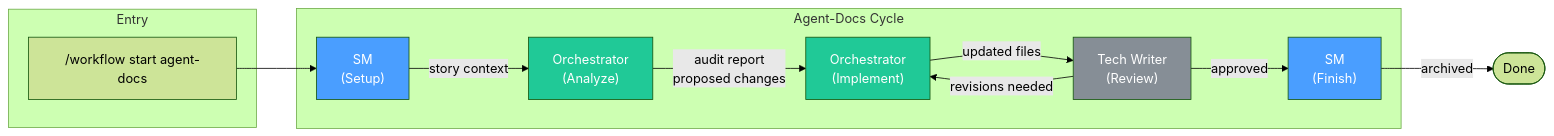
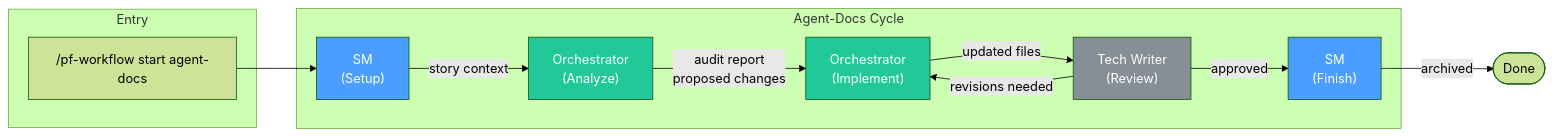
The fifth of 10 diagrams in docs/BIKELANE-DIAGRAMS.md (slabgorb/pennyfarthing), drawn with Mermaid (forest theme) before and after one commit. The commit also changed other lines of this file and 57 other files, not shown here.

````diff
--- a/docs/BIKELANE-DIAGRAMS.md
+++ b/docs/BIKELANE-DIAGRAMS.md
@@ -210,28 +210,28 @@
 ```mermaid
 flowchart LR
     subgraph Entry
-        NW["/workflow start agent-docs"]
+        NW["/pf-workflow start agent-docs"]
     end
 
     subgraph "Agent-Docs Cycle"
         SM1["SM<br/>(Setup)"]
         ORCH["Orchestrator<br/>(Analyze)"]
         ORCH2["Orchestrator<br/>(Implement)"]
         TW["Tech Writer<br/>(Review)"]
         SM2["SM<br/>(Finish)"]
     end
 
     NW --> SM1
     SM1 -->|"story context"| ORCH
     ORCH -->|"audit report<br/>proposed changes"| ORCH2
     ORCH2 -->|"updated files"| TW
     TW -->|"approved"| SM2
     TW -->|"revisions needed"| ORCH2
     SM2 -->|"archived"| Done([Done])
 
     style SM1 fill:#4a9eff,color:white
     style SM2 fill:#4a9eff,color:white
     style ORCH fill:#20c997,color:white
     style ORCH2 fill:#20c997,color:white
     style TW fill:#868e96,color:white
 ```
````
